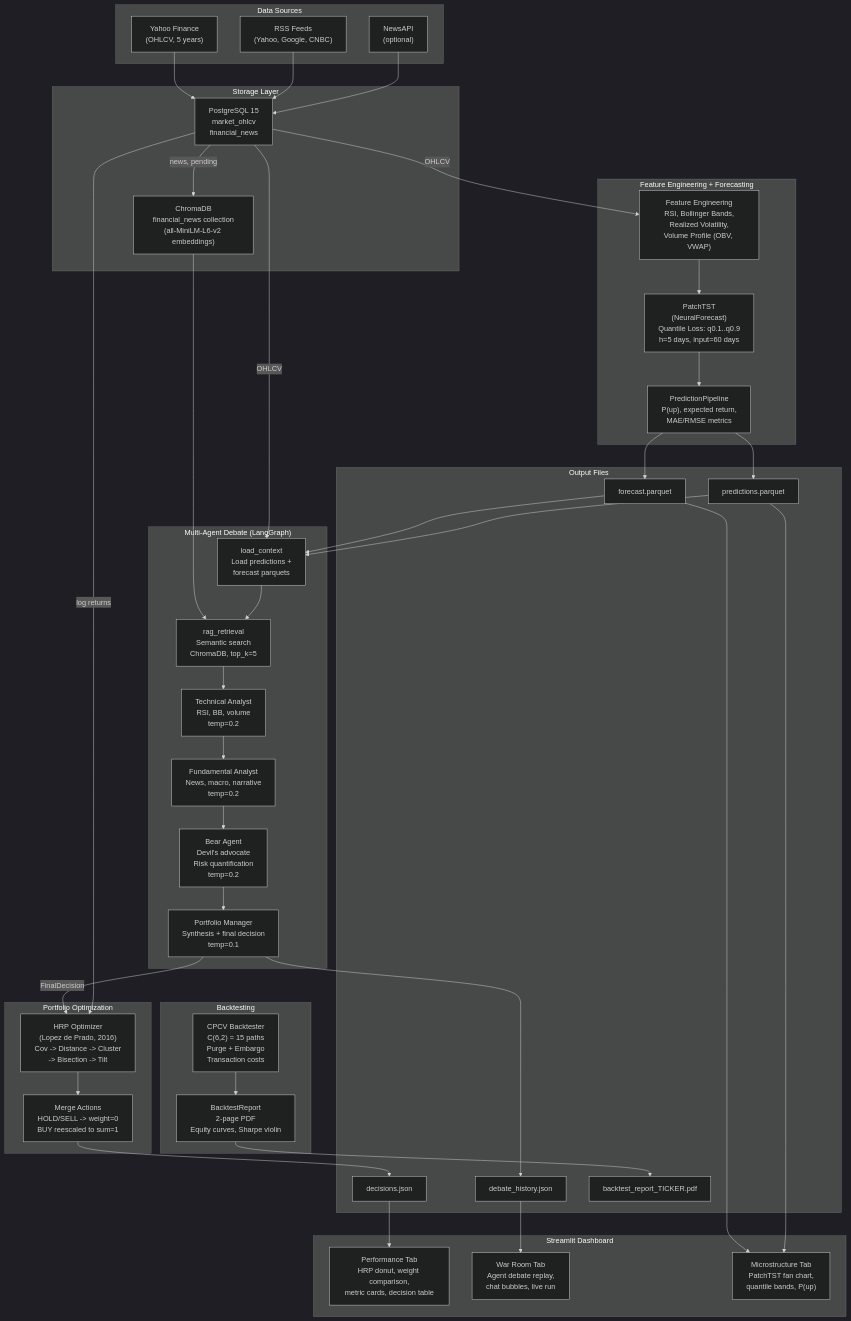
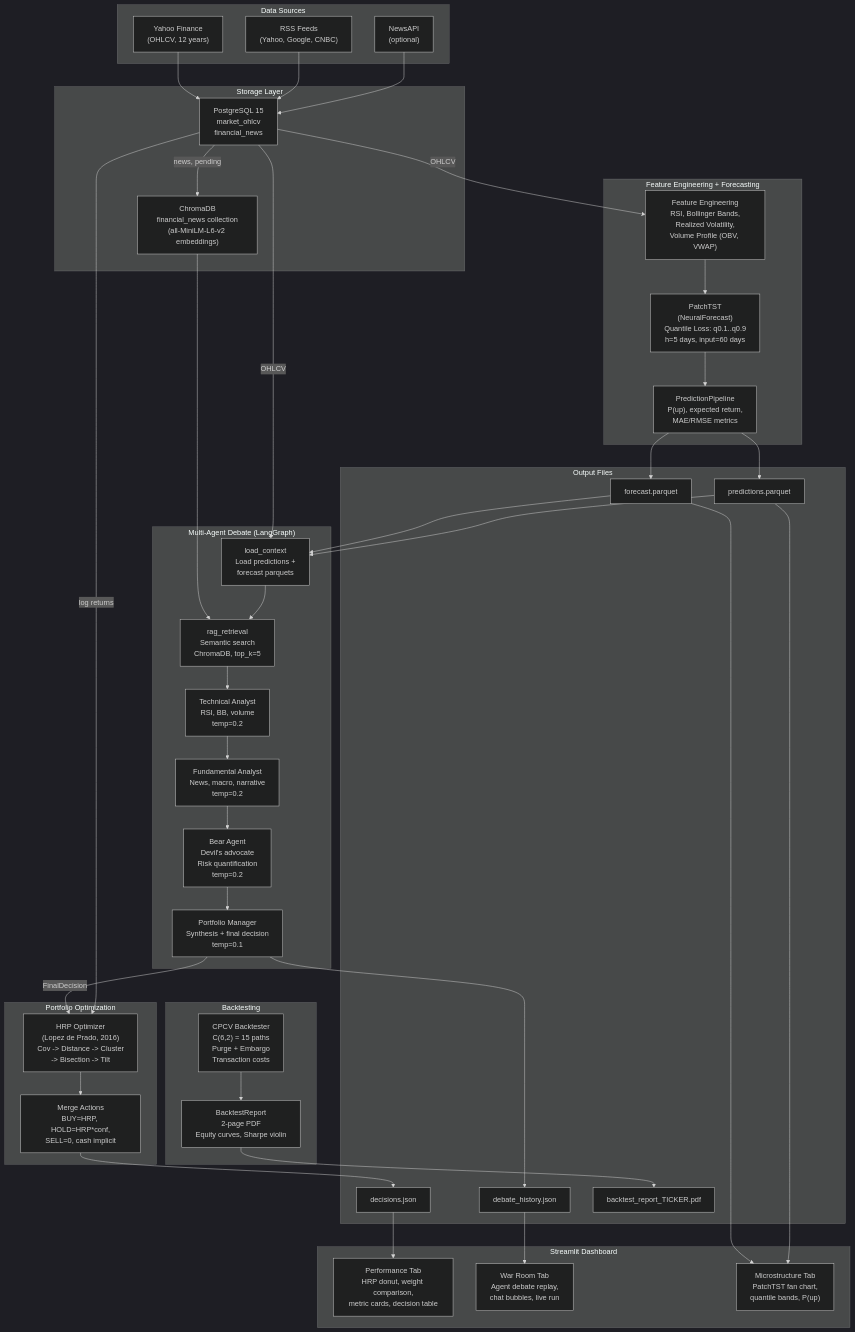
One commit to cockles98/titanium-alpha changed the first of 2 diagrams in ARCHITECTURE.md. Above: the diagram before and after it, drawn with Mermaid (dark theme). The commit also changed other lines of this file and 3219 other files, not shown here.

````diff
--- a/ARCHITECTURE.md
+++ b/ARCHITECTURE.md
@@ -11,82 +11,82 @@
 ```mermaid
 flowchart TD
     subgraph Sources["Data Sources"]
-        YF["Yahoo Finance<br/>(OHLCV, 5 years)"]
+        YF["Yahoo Finance<br/>(OHLCV, 12 years)"]
         RSS["RSS Feeds<br/>(Yahoo, Google, CNBC)"]
         NEWS_API["NewsAPI<br/>(optional)"]
     end
 
     subgraph Storage["Storage Layer"]
         PG["PostgreSQL 15<br/>market_ohlcv<br/>financial_news"]
         CHROMA["ChromaDB<br/>financial_news collection<br/>(all-MiniLM-L6-v2 embeddings)"]
     end
 
     subgraph Processing["Feature Engineering + Forecasting"]
         FE["Feature Engineering<br/>RSI, Bollinger Bands,<br/>Realized Volatility,<br/>Volume Profile (OBV, VWAP)"]
         PATCH["PatchTST<br/>(NeuralForecast)<br/>Quantile Loss: q0.1..q0.9<br/>h=5 days, input=60 days"]
         PRED["PredictionPipeline<br/>P(up), expected return,<br/>MAE/RMSE metrics"]
     end
 
     subgraph Agents["Multi-Agent Debate (LangGraph)"]
         LC["load_context<br/>Load predictions +<br/>forecast parquets"]
         RAG["rag_retrieval<br/>Semantic search<br/>ChromaDB, top_k=5"]
         TA["Technical Analyst<br/>RSI, BB, volume<br/>temp=0.2"]
         FA["Fundamental Analyst<br/>News, macro, narrative<br/>temp=0.2"]
         BA["Bear Agent<br/>Devil's advocate<br/>Risk quantification<br/>temp=0.2"]
         PM["Portfolio Manager<br/>Synthesis + final decision<br/>temp=0.1"]
     end
 
     subgraph Portfolio["Portfolio Optimization"]
         HRP["HRP Optimizer<br/>(Lopez de Prado, 2016)<br/>Cov -> Distance -> Cluster<br/>-> Bisection -> Tilt"]
-        MERGE["Merge Actions<br/>HOLD/SELL -> weight=0<br/>BUY reescaled to sum=1"]
+        MERGE["Merge Actions<br/>BUY=HRP, HOLD=HRP*conf,<br/>SELL=0, cash implicit"]
     end
 
     subgraph Validation["Backtesting"]
         CPCV["CPCV Backtester<br/>C(6,2) = 15 paths<br/>Purge + Embargo<br/>Transaction costs"]
         REPORT["BacktestReport<br/>2-page PDF<br/>Equity curves, Sharpe violin"]
     end
 
     subgraph Output["Output Files"]
         DJ["decisions.json"]
         DH["debate_history.json"]
         FP["forecast.parquet"]
         PP["predictions.parquet"]
         PDF["backtest_report_TICKER.pdf"]
     end
 
     subgraph Dashboard["Streamlit Dashboard"]
         T1["Performance Tab<br/>HRP donut, weight comparison,<br/>metric cards, decision table"]
         T2["War Room Tab<br/>Agent debate replay,<br/>chat bubbles, live run"]
         T3["Microstructure Tab<br/>PatchTST fan chart,<br/>quantile bands, P(up)"]
     end
 
     YF --> PG
     RSS --> PG
     NEWS_API --> PG
     PG -->|OHLCV| FE
     PG -->|news, pending| CHROMA
     FE --> PATCH
     PATCH --> PRED
     PRED --> FP
     PRED --> PP
     PG -->|OHLCV| LC
     FP --> LC
     PP --> LC
     CHROMA --> RAG
     LC --> RAG
     RAG --> TA
     TA --> FA
     FA --> BA
     BA --> PM
     PM -->|FinalDecision| HRP
     PG -->|log returns| HRP
     HRP --> MERGE
     MERGE --> DJ
     PM --> DH
     DJ --> T1
     DH --> T2
     FP --> T3
     PP --> T3
     CPCV --> REPORT
     REPORT --> PDF
 ```
````
